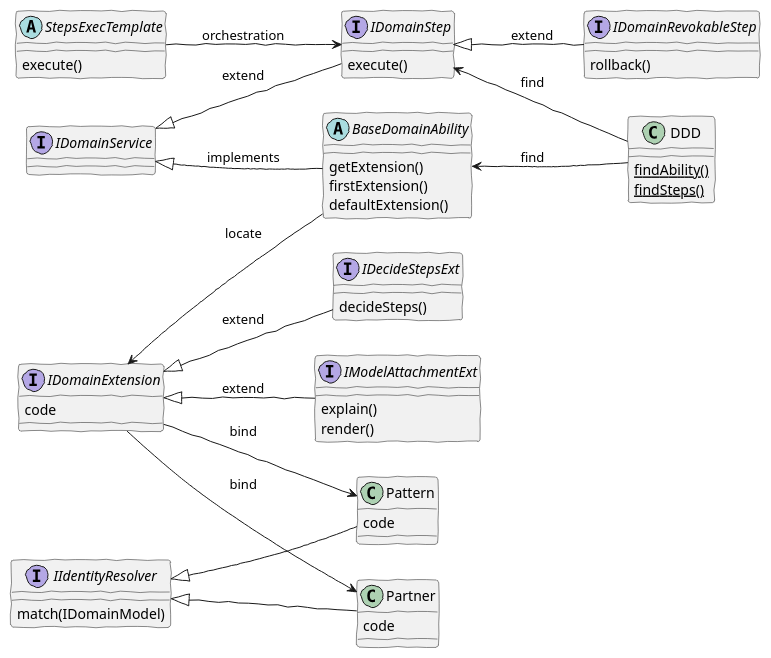
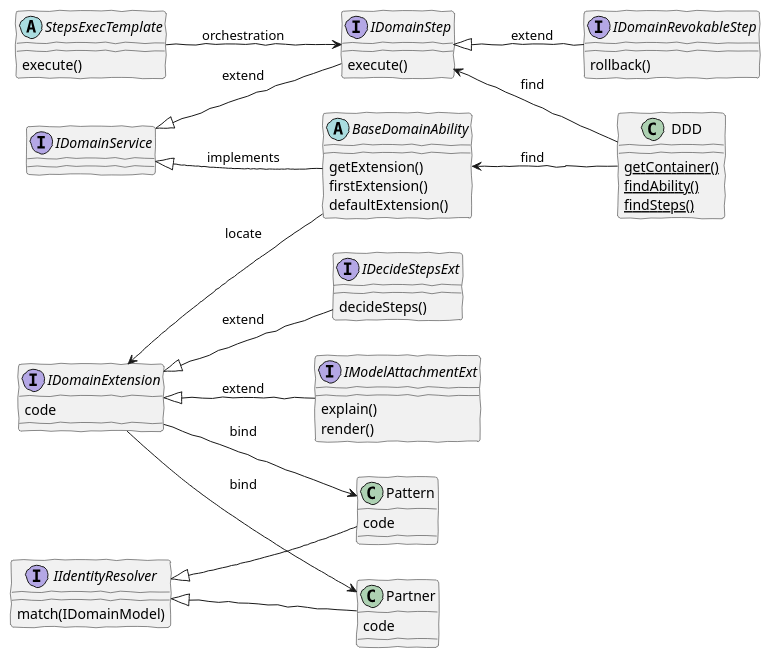
One commit to funkygao/cp-ddd-framework changed the diagram in doc/classes.puml. Above: the diagram before and after it, drawn with PlantUML. The commit also changed 5 other files, not shown here.

```diff
--- a/doc/classes.puml
+++ b/doc/classes.puml
@@ -1,51 +1,52 @@
 @startuml
 skinparam handwritten true
 skinparam shadowing<<with_shadow>> true
 left to right direction
 
 interface IDomainService
 interface IDomainStep
 IDomainStep : execute()
 interface IDecideStepsExt
 interface IDomainRevokableStep
 IDomainRevokableStep : rollback()
 interface IDomainExtension
 interface IIdentityResolver
 interface IModelAttachmentExt
 IModelAttachmentExt : explain()
 IModelAttachmentExt : render()
 abstract StepsExecTemplate
 abstract BaseDomainAbility
 BaseDomainAbility : getExtension()
 BaseDomainAbility : firstExtension()
 BaseDomainAbility : defaultExtension()
 StepsExecTemplate : execute()
+DDD : {static} getContainer()
 DDD : {static} findAbility()
 DDD : {static} findSteps()
 IDecideStepsExt : decideSteps()
 IIdentityResolver : match(IDomainModel)
 
 IDomainService <|-- IDomainStep: extend
 IDomainStep <|-- IDomainRevokableStep: extend
 IDomainService <|-- BaseDomainAbility: implements
 
 IDomainExtension <|-- IDecideStepsExt: extend
 IDomainExtension <|-- IModelAttachmentExt: extend
 
 IIdentityResolver <|-- Pattern
 IIdentityResolver <|-- Partner
 
 BaseDomainAbility <-- DDD: find
 IDomainStep <-- DDD: find
 
 IDomainExtension <-- BaseDomainAbility: locate
 
 IDomainExtension --> Pattern: bind
 IDomainExtension --> Partner: bind
 
 Partner : code
 Pattern : code
 IDomainExtension : code
 
 StepsExecTemplate --> IDomainStep: orchestration
 @enduml
```
